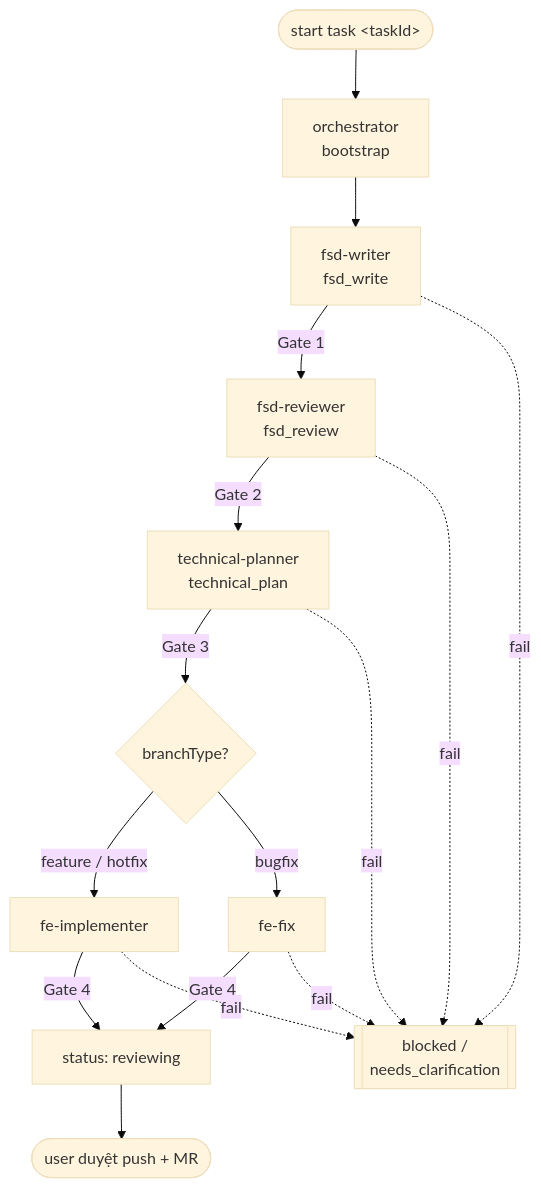
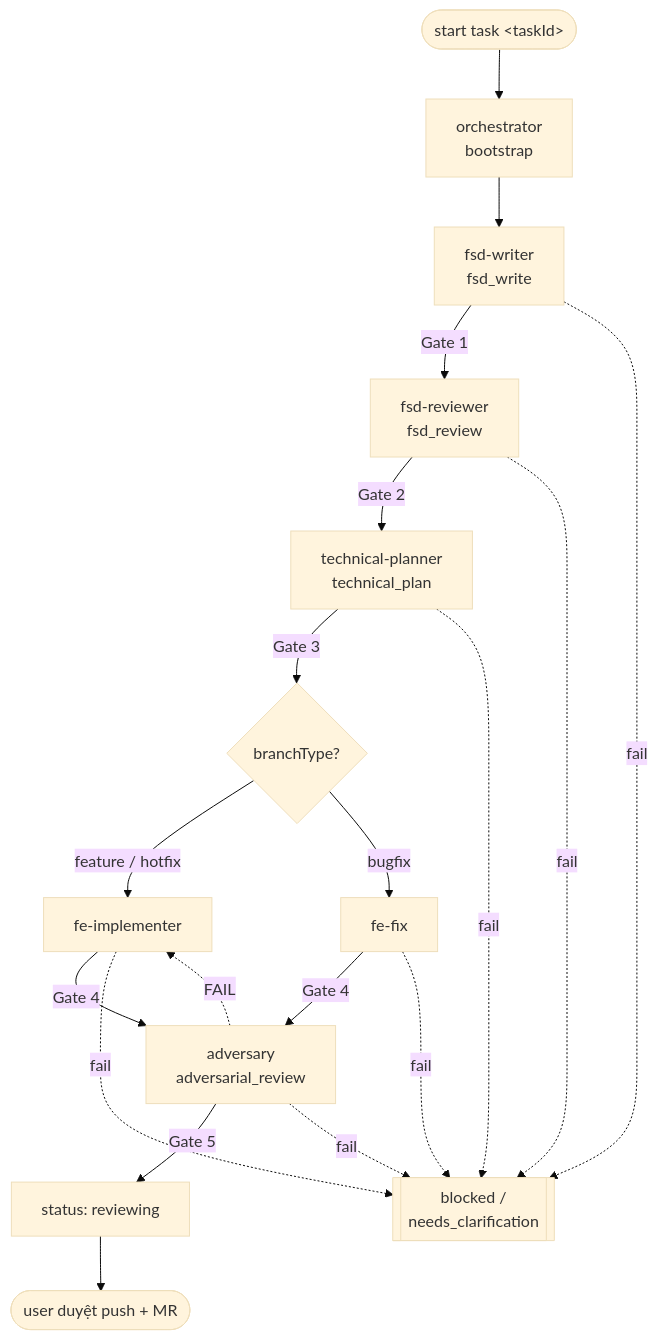
One commit to thnhtus/spec-harness changed the diagram in kernel/docs/Agents.md. Above: the diagram before and after it, drawn with Mermaid (base theme). The commit also changed other lines of this file and 2 other files, not shown here.

````diff
--- a/kernel/docs/Agents.md
+++ b/kernel/docs/Agents.md
@@ -27,19 +50,22 @@
 ```mermaid
 flowchart TD
     START([start task &lt;taskId&gt;]) --> ORCH[orchestrator<br/>bootstrap]
     ORCH --> WRITE[fsd-writer<br/>fsd_write]
     WRITE -->|Gate 1| FSD[fsd-reviewer<br/>fsd_review]
     FSD -->|Gate 2| PLAN[technical-planner<br/>technical_plan]
     PLAN -->|Gate 3| PICK{branchType?}
     PICK -->|feature / hotfix| IMPL[fe-implementer]
     PICK -->|bugfix| FIX[fe-fix]
-    IMPL -->|Gate 4| REVIEW[status: reviewing]
-    FIX -->|Gate 4| REVIEW
+    IMPL -->|Gate 4| ADV[adversary<br/>adversarial_review]
+    FIX -->|Gate 4| ADV
+    ADV -->|Gate 5| REVIEW[status: reviewing]
+    ADV -.FAIL.-> IMPL
     REVIEW --> MR([user duyệt push + MR])
 
     WRITE -.fail.-> BLOCK[[blocked /<br/>needs_clarification]]
     FSD -.fail.-> BLOCK
     PLAN -.fail.-> BLOCK
     IMPL -.fail.-> BLOCK
     FIX -.fail.-> BLOCK
+    ADV -.fail.-> BLOCK
 ```
````
